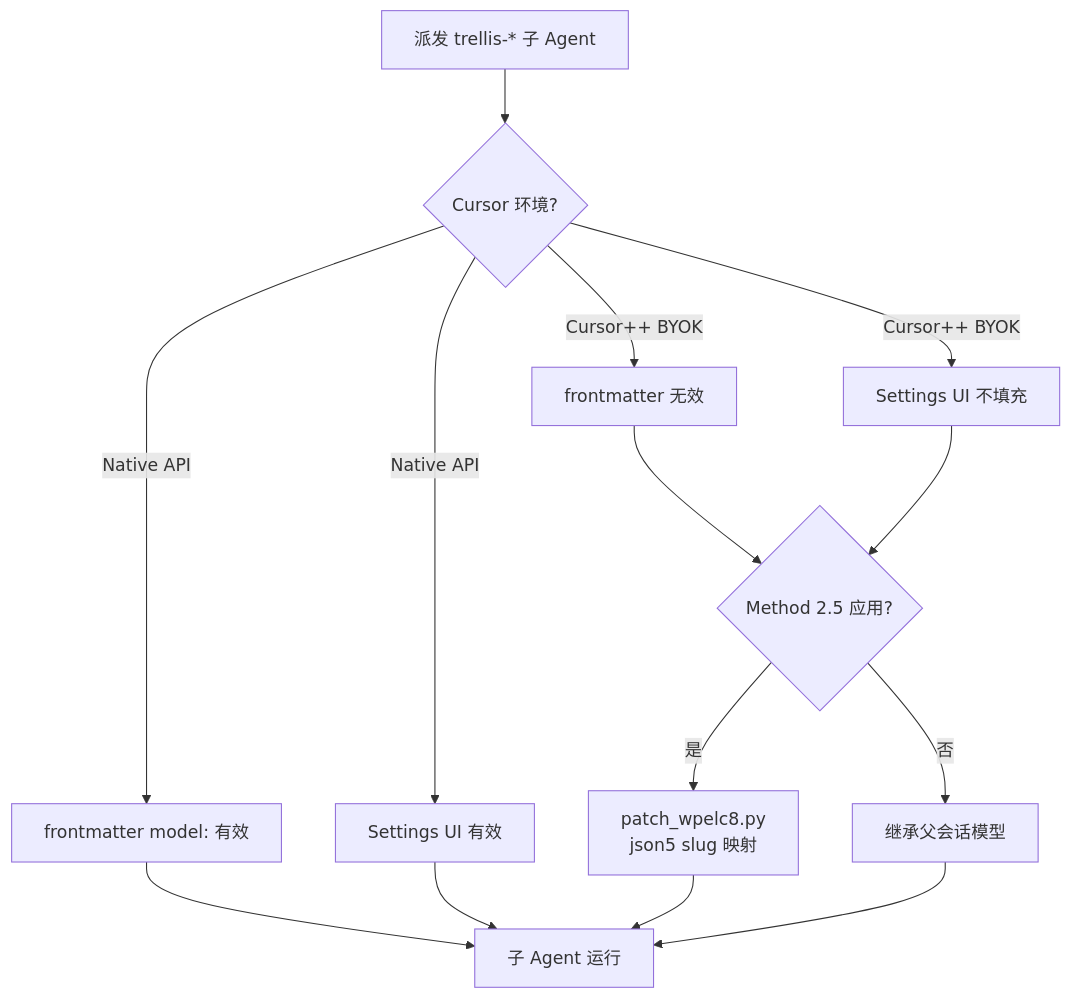
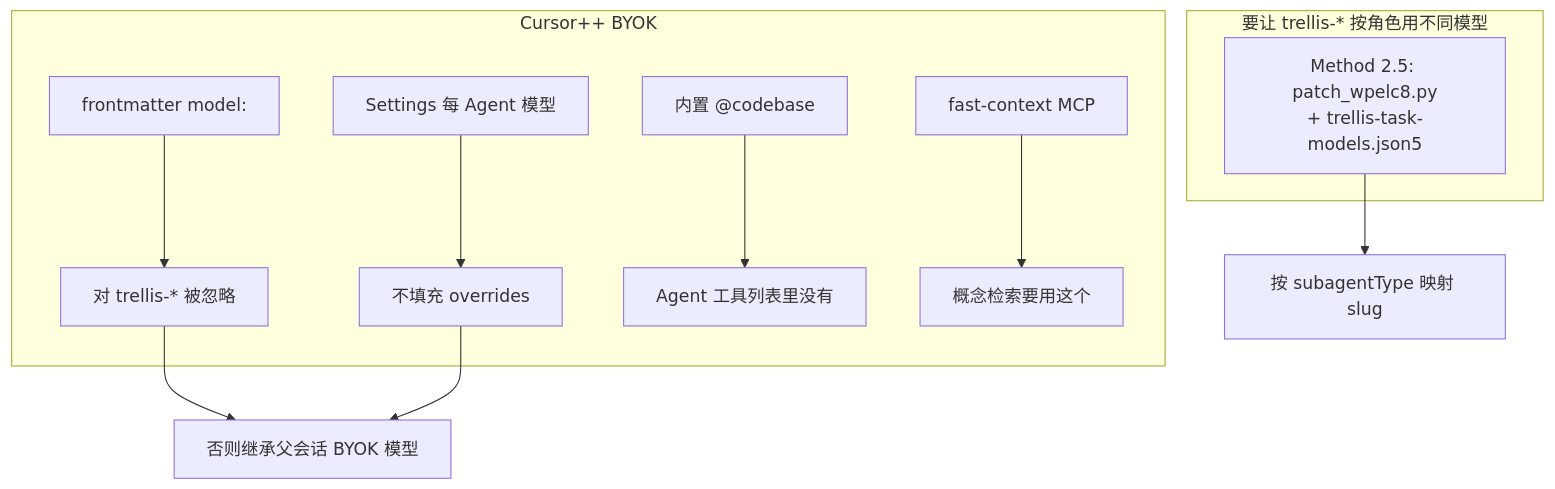
One commit to blxzer77/cursor-trellis changed the fifth of 5 diagrams in docs/community/linux-do-release.md. Above: the diagram before and after it, drawn with Mermaid. The commit also changed other lines of this file and 23 other files, not shown here.

````diff
--- a/docs/community/linux-do-release.md
+++ b/docs/community/linux-do-release.md
@@ -149,12 +187,14 @@
 ```mermaid
 flowchart TD
-  Disp[派发 trellis-* 子 Agent] --> Env{Cursor 环境?}
-  Env -->|Native API| N1[frontmatter model: 有效]
-  Env -->|Native API| N2[Settings UI 有效]
-  Env -->|Cursor++ BYOK| B1[frontmatter 无效]
-  Env -->|Cursor++ BYOK| B2[Settings UI 不填充]
-  B1 & B2 --> M25{Method 2.5 应用?}
-  M25 -->|是| Patch[patch_wpelc8.py<br/>json5 slug 映射]
-  M25 -->|否| Inherit[继承父会话模型]
-  N1 & N2 & Patch & Inherit --> Run[子 Agent 运行]
+  subgraph byok[Cursor++ BYOK]
+    FM["frontmatter model:"] --> BAD1[对 trellis-* 被忽略]
+    UI[Settings 每 Agent 模型] --> BAD2[不填充 overrides]
+    SEM[内置 @codebase] --> BAD3[Agent 工具列表里没有]
+    FC[fast-context MCP] --> OK4[概念检索要用这个]
+  end
+  subgraph fix[要让 trellis-* 按角色用不同模型]
+    M25["Method 2.5: patch_wpelc8.py<br/>+ trellis-task-models.json5"]
+  end
+  BAD1 & BAD2 --> INH[否则继承父会话 BYOK 模型]
+  M25 --> ROUTE[按 subagentType 映射 slug]
 ```
````
